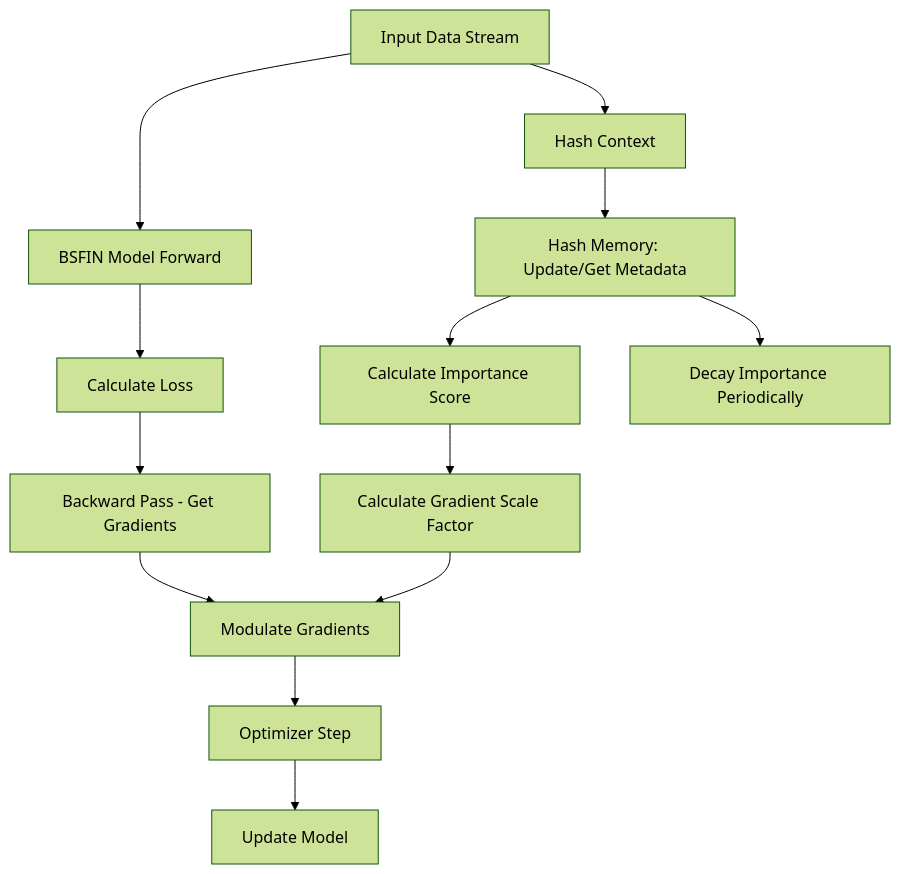
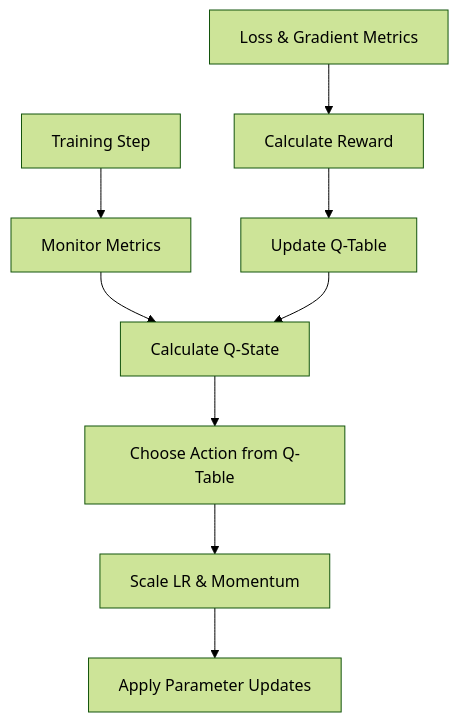
One commit to waefrebeorn/bytropix changed the seventh of 7 diagrams in README.md. Above: the diagram before and after it, drawn with Mermaid (forest theme). The commit also changed other lines of this file and 9 other files, not shown here.

````diff
--- a/README.md
+++ b/README.md
@@ -130,15 +135,11 @@
 ```mermaid
 graph TD;
-    A[Input Data Stream]-->B[Hash Context];
-    B-->C[Hash Memory: Update/Get Metadata];
-    C-->D[Calculate Importance Score];
-    D-->E[Calculate Gradient Scale Factor];
-    A-->F[BSFIN Model Forward];
-    F-->G[Calculate Loss];
-    G-->H[Backward Pass - Get Gradients];
-    H-->I[Modulate Gradients];
-    E-->I;
-    I-->J[Optimizer Step];
-    J-->K[Update Model];
-    C-->L[Decay Importance Periodically];
+    A[Training Step] --> B[Monitor Metrics];
+    B --> C[Calculate Q-State];
+    C --> D[Choose Action from Q-Table];
+    D --> E[Scale LR & Momentum];
+    E --> F[Apply Parameter Updates];
+    G[Loss & Gradient Metrics] --> H[Calculate Reward];
+    H --> I[Update Q-Table];
+    I --> C;
 ```
````
